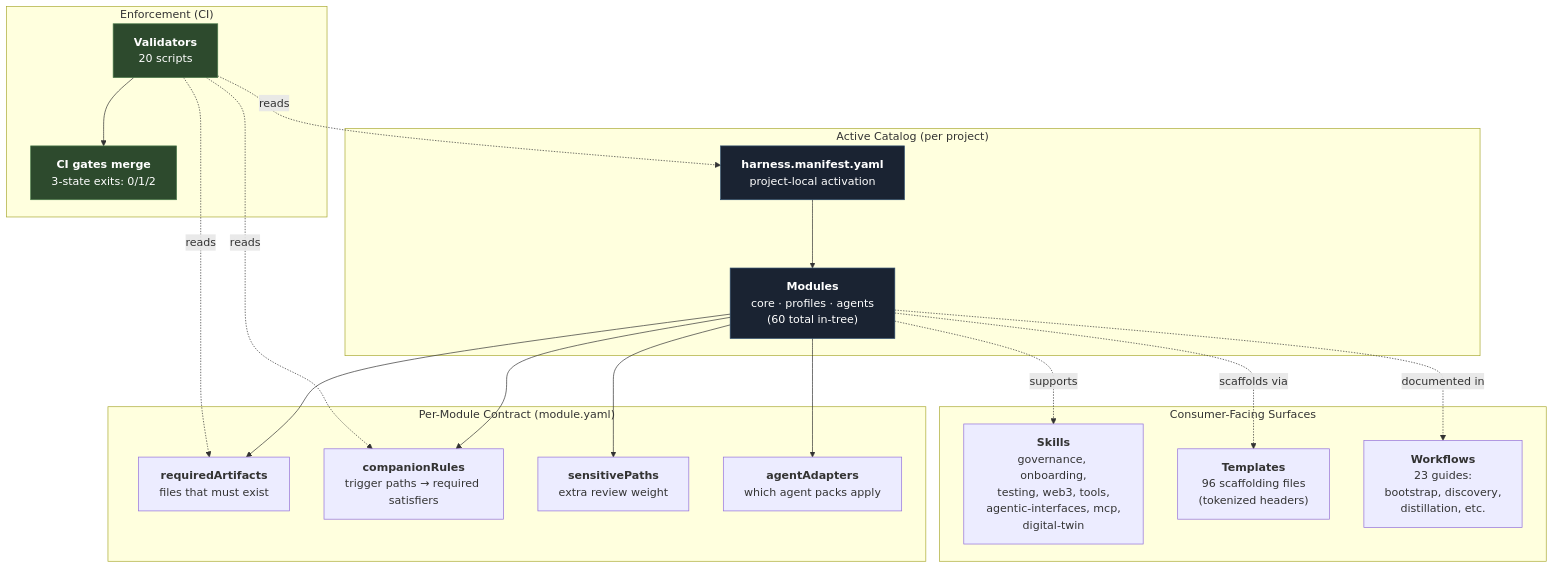
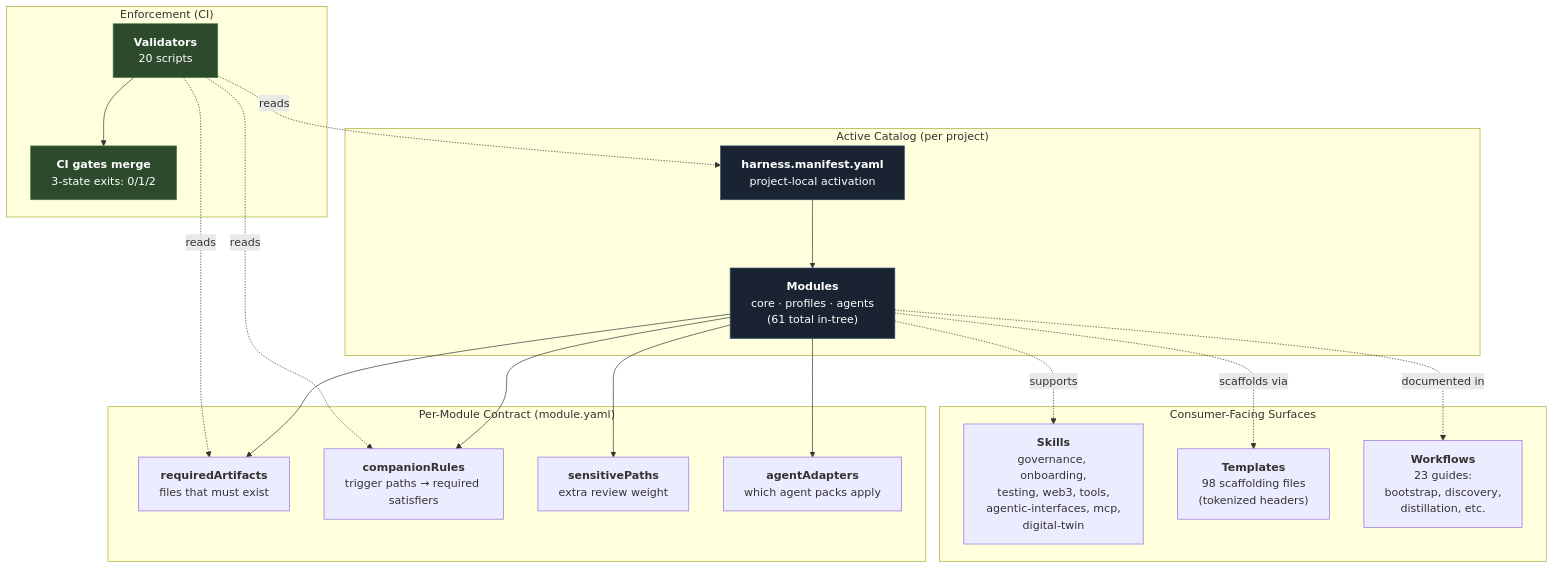
The first of 16 diagrams in docs/architecture/diagrams.md (unclenate/auto-harness), drawn with Mermaid before and after one commit. The commit also changed 15 other files, not shown here.

````diff
--- a/docs/architecture/diagrams.md
+++ b/docs/architecture/diagrams.md
@@ -53,38 +53,38 @@
 ```mermaid
 flowchart TD
     Manifest["<b>harness.manifest.yaml</b><br/>project-local activation"]
 
     subgraph CATALOG["Active Catalog (per project)"]
-        Manifest --> Modules["<b>Modules</b><br/>core · profiles · agents<br/>(60 total in-tree)"]
+        Manifest --> Modules["<b>Modules</b><br/>core · profiles · agents<br/>(61 total in-tree)"]
     end
 
     subgraph CONTRACT["Per-Module Contract (module.yaml)"]
         Modules --> Required["<b>requiredArtifacts</b><br/>files that must exist"]
         Modules --> Companions["<b>companionRules</b><br/>trigger paths → required satisfiers"]
         Modules --> Sensitive["<b>sensitivePaths</b><br/>extra review weight"]
         Modules --> Adapters["<b>agentAdapters</b><br/>which agent packs apply"]
     end
 
     subgraph ENFORCE["Enforcement (CI)"]
         Validators["<b>Validators</b><br/>20 scripts"]
         Validators -.reads.-> Manifest
         Validators -.reads.-> Required
         Validators -.reads.-> Companions
         Validators --> CIGate["<b>CI gates merge</b><br/>3-state exits: 0/1/2"]
     end
 
     subgraph SURFACE["Consumer-Facing Surfaces"]
         Skills["<b>Skills</b><br/>governance, onboarding,<br/>testing, web3, tools,<br/>agentic-interfaces, mcp,<br/>digital-twin"]
-        Templates["<b>Templates</b><br/>96 scaffolding files<br/>(tokenized headers)"]
+        Templates["<b>Templates</b><br/>98 scaffolding files<br/>(tokenized headers)"]
         Workflows["<b>Workflows</b><br/>23 guides:<br/>bootstrap, discovery,<br/>distillation, etc."]
     end
 
     Modules -.supports.-> Skills
     Modules -.scaffolds via.-> Templates
     Modules -.documented in.-> Workflows
 
     style Manifest fill:#1a2332,stroke:#2c4a6b,color:#fff
     style Modules fill:#1a2332,stroke:#2c4a6b,color:#fff
     style Validators fill:#2d4a2d,stroke:#4a7a4a,color:#fff
     style CIGate fill:#2d4a2d,stroke:#4a7a4a,color:#fff
 ```
````
